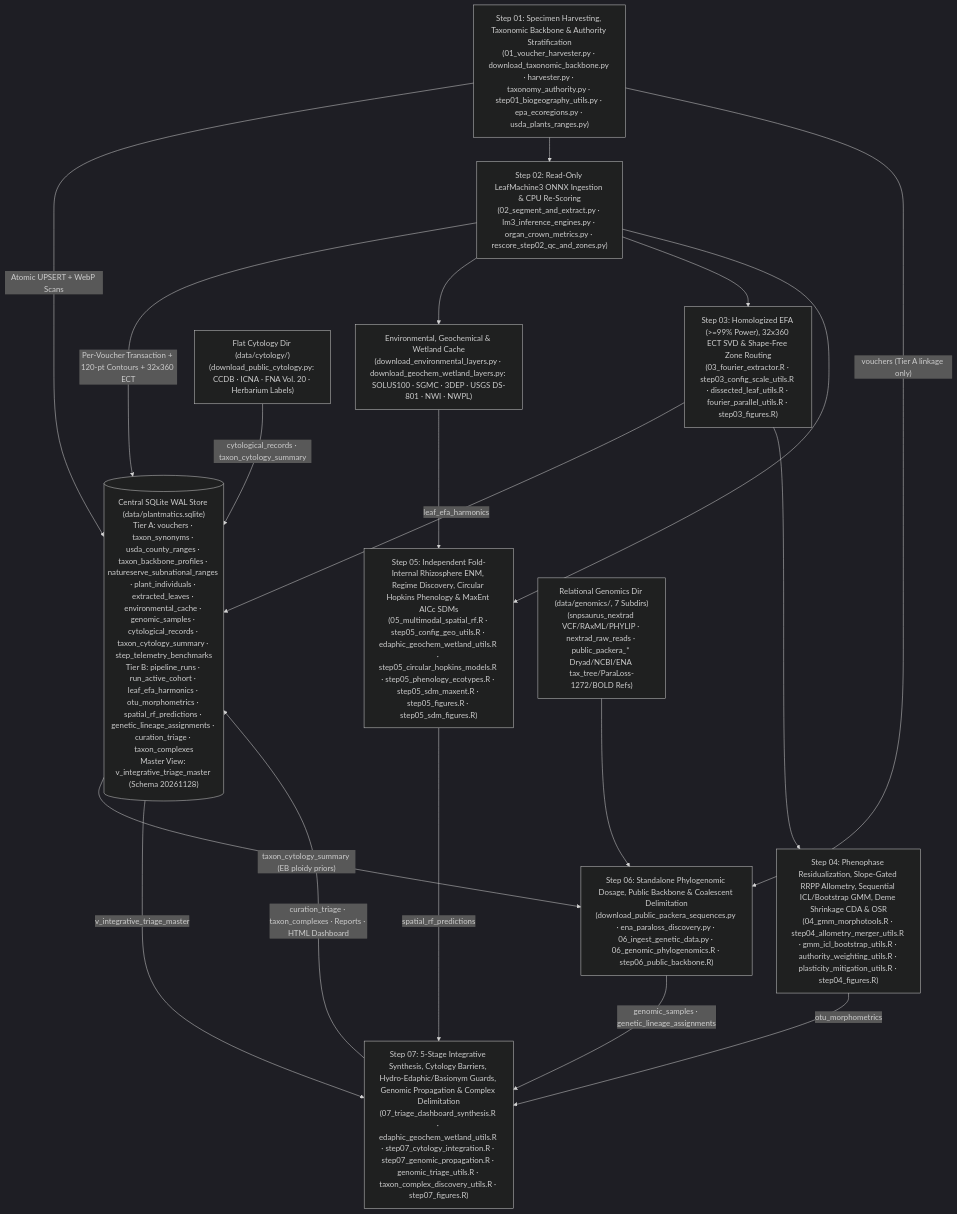
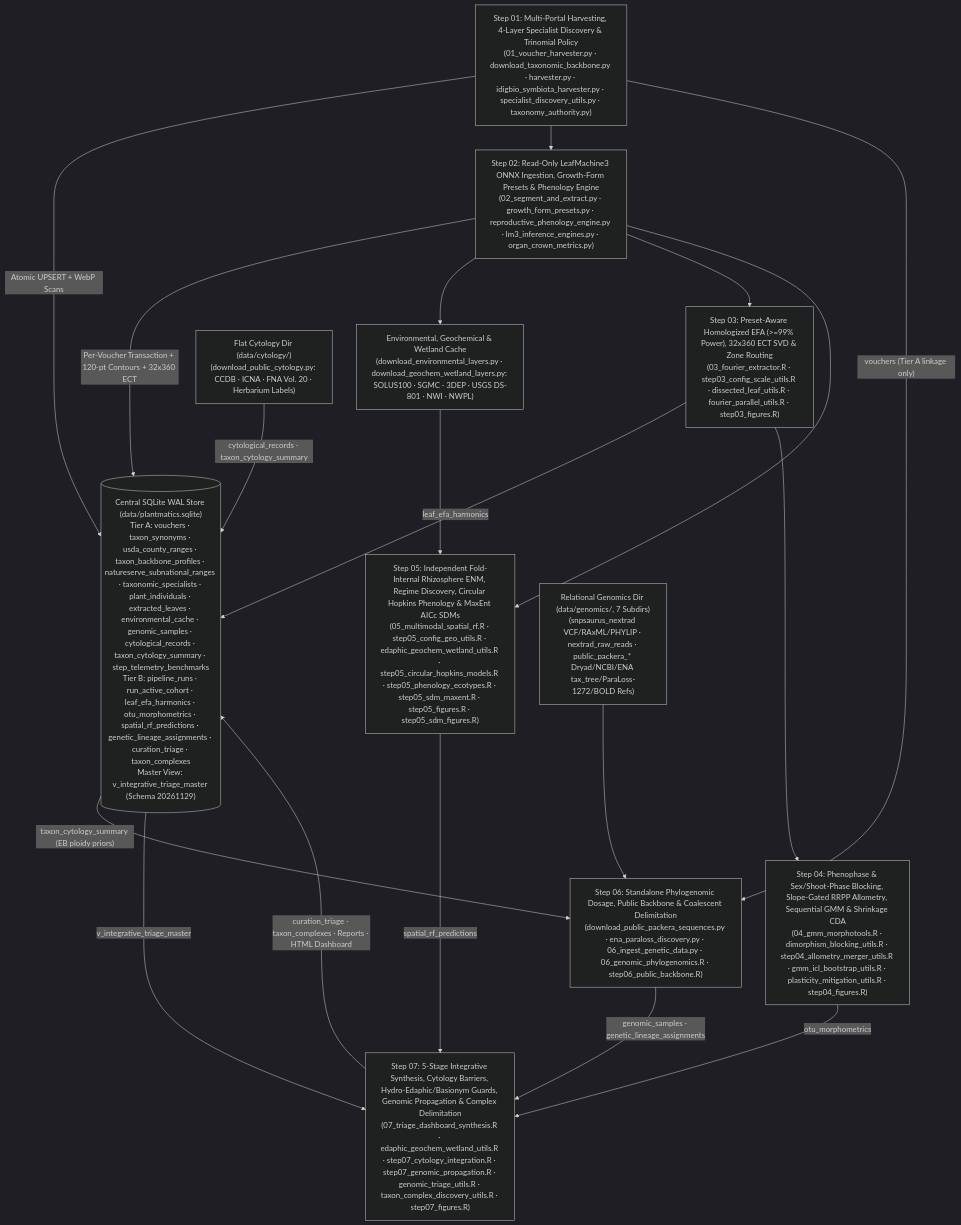
The diagram in README.md (Plantatsrophe/Packera_dubia_morphometrics), drawn with Mermaid (dark theme) before and after one commit. The commit also changed other lines of this file and 37 other files, not shown here.

Commit message:
refactor: update architecture documentation, database utilities, and feature modules for v15 refactor

````diff
--- a/README.md
+++ b/README.md
@@ -31,23 +31,23 @@
 ```mermaid
 flowchart TD
-    DB[("Central SQLite WAL Store (data/plantmatics.sqlite)\nTier A: vouchers · taxon_synonyms · usda_county_ranges · taxon_backbone_profiles · natureserve_subnational_ranges · plant_individuals · extracted_leaves · environmental_cache · genomic_samples · cytological_records · taxon_cytology_summary · step_telemetry_benchmarks\nTier B: pipeline_runs · run_active_cohort · leaf_efa_harmonics · otu_morphometrics · spatial_rf_predictions · genetic_lineage_assignments · curation_triage · taxon_complexes\nMaster View: v_integrative_triage_master (Schema 20261128)")]
+    DB[("Central SQLite WAL Store (data/plantmatics.sqlite)\nTier A: vouchers · taxon_synonyms · usda_county_ranges · taxon_backbone_profiles · natureserve_subnational_ranges · taxonomic_specialists · plant_individuals · extracted_leaves · environmental_cache · genomic_samples · cytological_records · taxon_cytology_summary · step_telemetry_benchmarks\nTier B: pipeline_runs · run_active_cohort · leaf_efa_harmonics · otu_morphometrics · spatial_rf_predictions · genetic_lineage_assignments · curation_triage · taxon_complexes\nMaster View: v_integrative_triage_master (Schema 20261129)")]
 
-    S1["Step 01: Specimen Harvesting, Taxonomic Backbone & Authority Stratification\n(01_voucher_harvester.py · download_taxonomic_backbone.py · harvester.py · taxonomy_authority.py · step01_biogeography_utils.py · epa_ecoregions.py · usda_plants_ranges.py)"] -->|"Atomic UPSERT + WebP Scans"| DB
-    S1 --> S2["Step 02: Read-Only LeafMachine3 ONNX Ingestion & CPU Re-Scoring\n(02_segment_and_extract.py · lm3_inference_engines.py · organ_crown_metrics.py · rescore_step02_qc_and_zones.py)"]
+    S1["Step 01: Multi-Portal Harvesting, 4-Layer Specialist Discovery & Trinomial Policy\n(01_voucher_harvester.py · download_taxonomic_backbone.py · harvester.py · idigbio_symbiota_harvester.py · specialist_discovery_utils.py · taxonomy_authority.py)"] -->|"Atomic UPSERT + WebP Scans"| DB
+    S1 --> S2["Step 02: Read-Only LeafMachine3 ONNX Ingestion, Growth-Form Presets & Phenology Engine\n(02_segment_and_extract.py · growth_form_presets.py · reproductive_phenology_engine.py · lm3_inference_engines.py · organ_crown_metrics.py)"]
     S2 -->|"Per-Voucher Transaction + 120-pt Contours + 32x360 ECT"| DB
     S2 --> E0["Environmental, Geochemical & Wetland Cache\n(download_environmental_layers.py · download_geochem_wetland_layers.py: SOLUS100 · SGMC · 3DEP · USGS DS-801 · NWI · NWPL)"]
-    S2 --> S3["Step 03: Homologized EFA (>=99% Power), 32x360 ECT SVD & Shape-Free Zone Routing\n(03_fourier_extractor.R · step03_config_scale_utils.R · dissected_leaf_utils.R · fourier_parallel_utils.R · step03_figures.R)"]
+    S2 --> S3["Step 03: Preset-Aware Homologized EFA (>=99% Power), 32x360 ECT SVD & Zone Routing\n(03_fourier_extractor.R · step03_config_scale_utils.R · dissected_leaf_utils.R · fourier_parallel_utils.R · step03_figures.R)"]
     S3 -->|"leaf_efa_harmonics"| DB
-    S3 --> S4["Step 04: Phenophase Residualization, Slope-Gated RRPP Allometry, Sequential ICL/Bootstrap GMM, Deme Shrinkage CDA & OSR\n(04_gmm_morphotools.R · step04_allometry_merger_utils.R · gmm_icl_bootstrap_utils.R · authority_weighting_utils.R · plasticity_mitigation_utils.R · step04_figures.R)"]
+    S3 --> S4["Step 04: Phenophase & Sex/Shoot-Phase Blocking, Slope-Gated RRPP Allometry, Sequential GMM & Shrinkage CDA\n(04_gmm_morphotools.R · dimorphism_blocking_utils.R · step04_allometry_merger_utils.R · gmm_icl_bootstrap_utils.R · plasticity_mitigation_utils.R · step04_figures.R)"]
     S4 -->|"otu_morphometrics"| S7
     S2 --> S5["Step 05: Independent Fold-Internal Rhizosphere ENM, Regime Discovery, Circular Hopkins Phenology & MaxEnt AICc SDMs\n(05_multimodal_spatial_rf.R · step05_config_geo_utils.R · edaphic_geochem_wetland_utils.R · step05_circular_hopkins_models.R · step05_phenology_ecotypes.R · step05_sdm_maxent.R · step05_figures.R · step05_sdm_figures.R)"]
     E0 --> S5
     S5 -->|"spatial_rf_predictions"| S7
     G0["Relational Genomics Dir (data/genomics/, 7 Subdirs)\n(snpsaurus_nextrad VCF/RAxML/PHYLIP · nextrad_raw_reads · public_packera_* Dryad/NCBI/ENA tax_tree/ParaLoss-1272/BOLD Refs)"] --> S6["Step 06: Standalone Phylogenomic Dosage, Public Backbone & Coalescent Delimitation\n(download_public_packera_sequences.py · ena_paraloss_discovery.py · 06_ingest_genetic_data.py · 06_genomic_phylogenomics.R · step06_public_backbone.R)"]
     S1 -->|"vouchers (Tier A linkage only)"| S6
     S6 -->|"genomic_samples · genetic_lineage_assignments"| S7
     C0["Flat Cytology Dir (data/cytology/)\n(download_public_cytology.py: CCDB · ICNA · FNA Vol. 20 · Herbarium Labels)"] -->|"cytological_records · taxon_cytology_summary"| DB
     DB -->|"taxon_cytology_summary (EB ploidy priors)"| S6
     DB -->|"v_integrative_triage_master"| S7["Step 07: 5-Stage Integrative Synthesis, Cytology Barriers, Hydro-Edaphic/Basionym Guards, Genomic Propagation & Complex Delimitation\n(07_triage_dashboard_synthesis.R · edaphic_geochem_wetland_utils.R · step07_cytology_integration.R · step07_genomic_propagation.R · genomic_triage_utils.R · taxon_complex_discovery_utils.R · step07_figures.R)"]
     S7 -->|"curation_triage · taxon_complexes · Reports · HTML Dashboard"| DB
 ```
````
